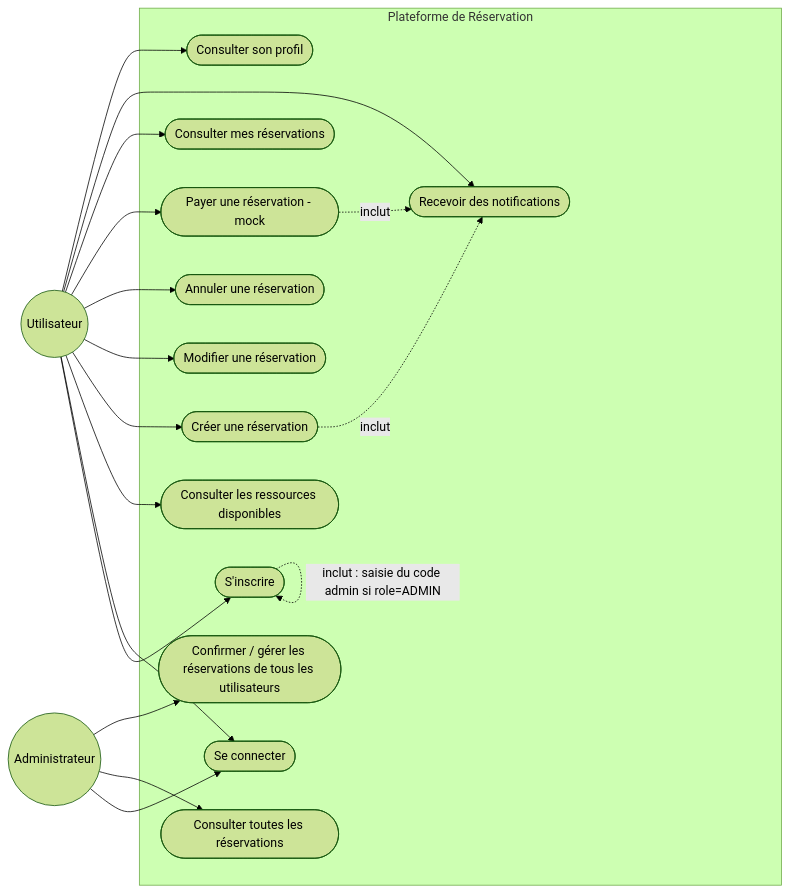
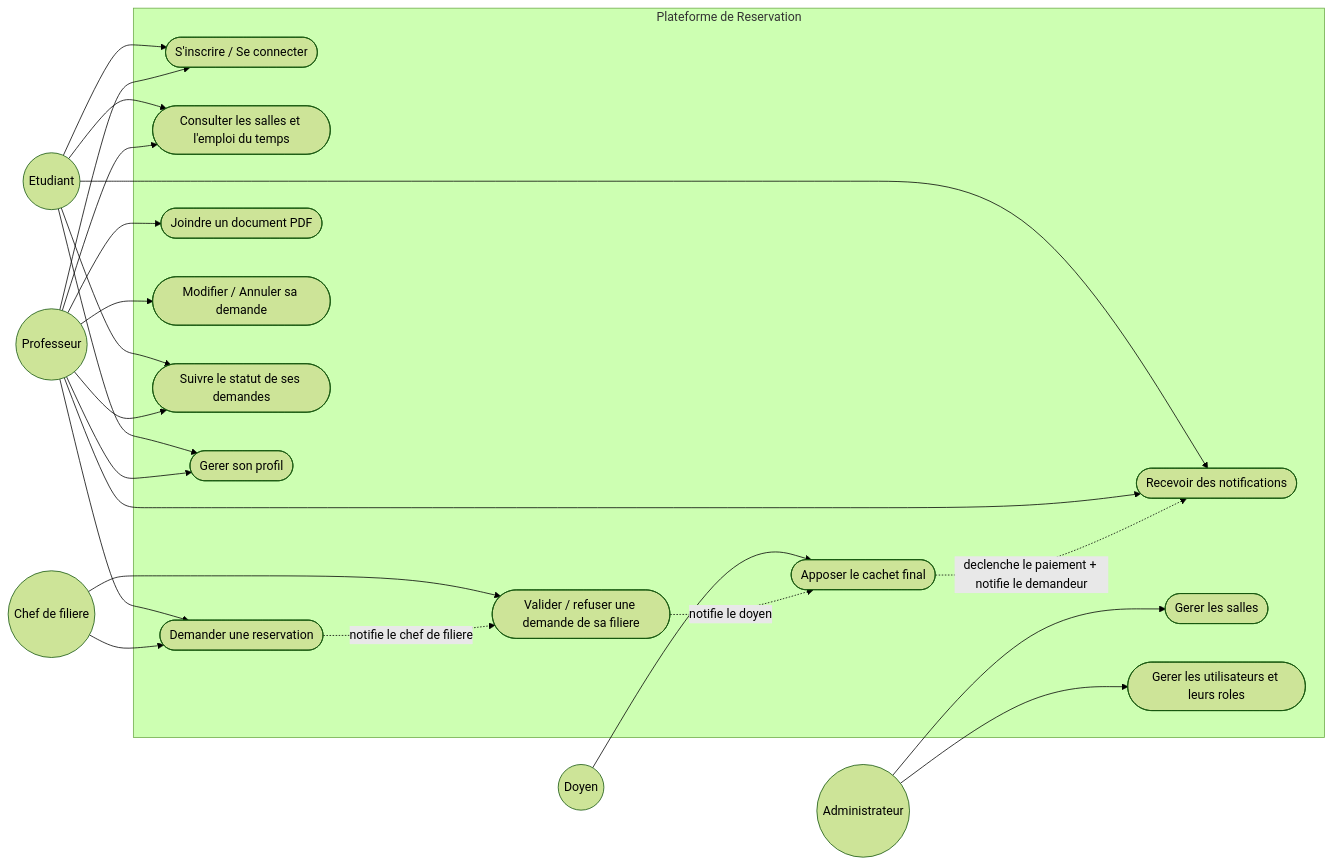
Before and after one commit to Ayamouine/pfa-devops-reservation: the first of 4 diagrams in docs/UML.md, drawn with Mermaid (forest theme). The commit also changed other lines of this file and 6 other files, not shown here.

````diff
--- a/docs/UML.md
+++ b/docs/UML.md
@@ -19,39 +20,50 @@
 ```mermaid
 flowchart LR
-    U((Utilisateur))
+    E((Etudiant))
+    P((Professeur))
+    C((Chef de filiere))
+    D((Doyen))
     A((Administrateur))
 
-    subgraph Plateforme de Réservation
-        UC1([S'inscrire])
-        UC2([Se connecter])
-        UC3([Consulter les ressources disponibles])
-        UC4([Créer une réservation])
-        UC5([Modifier une réservation])
-        UC6([Annuler une réservation])
-        UC7([Payer une réservation - mock])
-        UC8([Consulter mes réservations])
-        UC9([Recevoir des notifications])
-        UC10([Consulter son profil])
-        UC11([Consulter toutes les réservations])
-        UC12([Confirmer / gérer les réservations de tous les utilisateurs])
+    subgraph Plateforme de Reservation
+        UC1([S'inscrire / Se connecter])
+        UC2([Consulter les salles et l'emploi du temps])
+        UC3([Demander une reservation])
+        UC4([Joindre un document PDF])
+        UC5([Modifier / Annuler sa demande])
+        UC6([Suivre le statut de ses demandes])
+        UC7([Recevoir des notifications])
+        UC8([Gerer son profil])
+        UC9([Valider / refuser une demande de sa filiere])
+        UC10([Apposer le cachet final])
+        UC11([Gerer les salles])
+        UC12([Gerer les utilisateurs et leurs roles])
     end
 
-    U --> UC1
-    U --> UC2
-    U --> UC3
-    U --> UC4
-    U --> UC5
-    U --> UC6
-    U --> UC7
-    U --> UC8
-    U --> UC9
-    U --> UC10
+    E --> UC1
+    E --> UC2
+    E --> UC6
+    E --> UC7
+    E --> UC8
 
-    A --> UC2
+    P --> UC1
+    P --> UC2
+    P --> UC3
+    P --> UC4
+    P --> UC5
+    P --> UC6
+    P --> UC7
+    P --> UC8
+
+    C --> UC3
+    C --> UC9
+
+    D --> UC10
+
     A --> UC11
     A --> UC12
 
-    UC1 -.->|"inclut : saisie du code admin si role=ADMIN"| UC1
-    UC4 -.->|inclut| UC9
-    UC7 -.->|inclut| UC9
+    UC3 -.->|"notifie le chef de filiere"| UC9
+    UC9 -.->|"notifie le doyen"| UC10
+    UC10 -.->|"declenche le paiement + notifie le demandeur"| UC7
 ```
````
